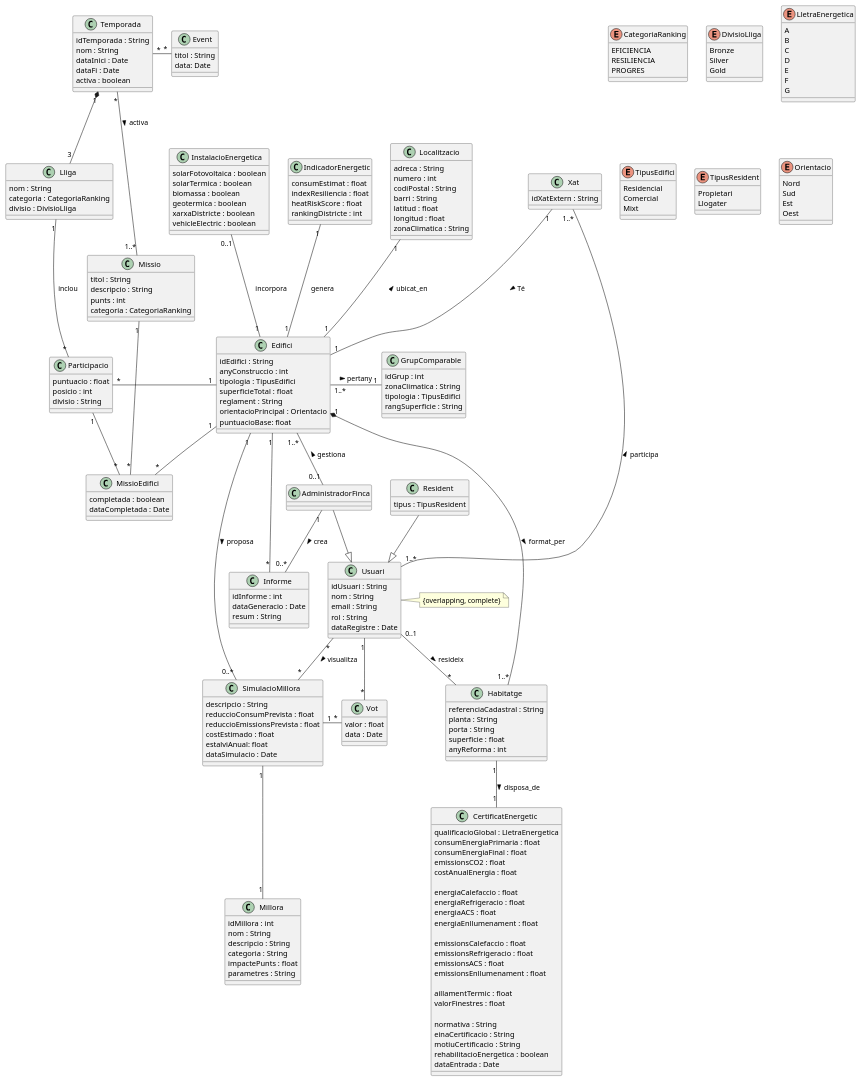
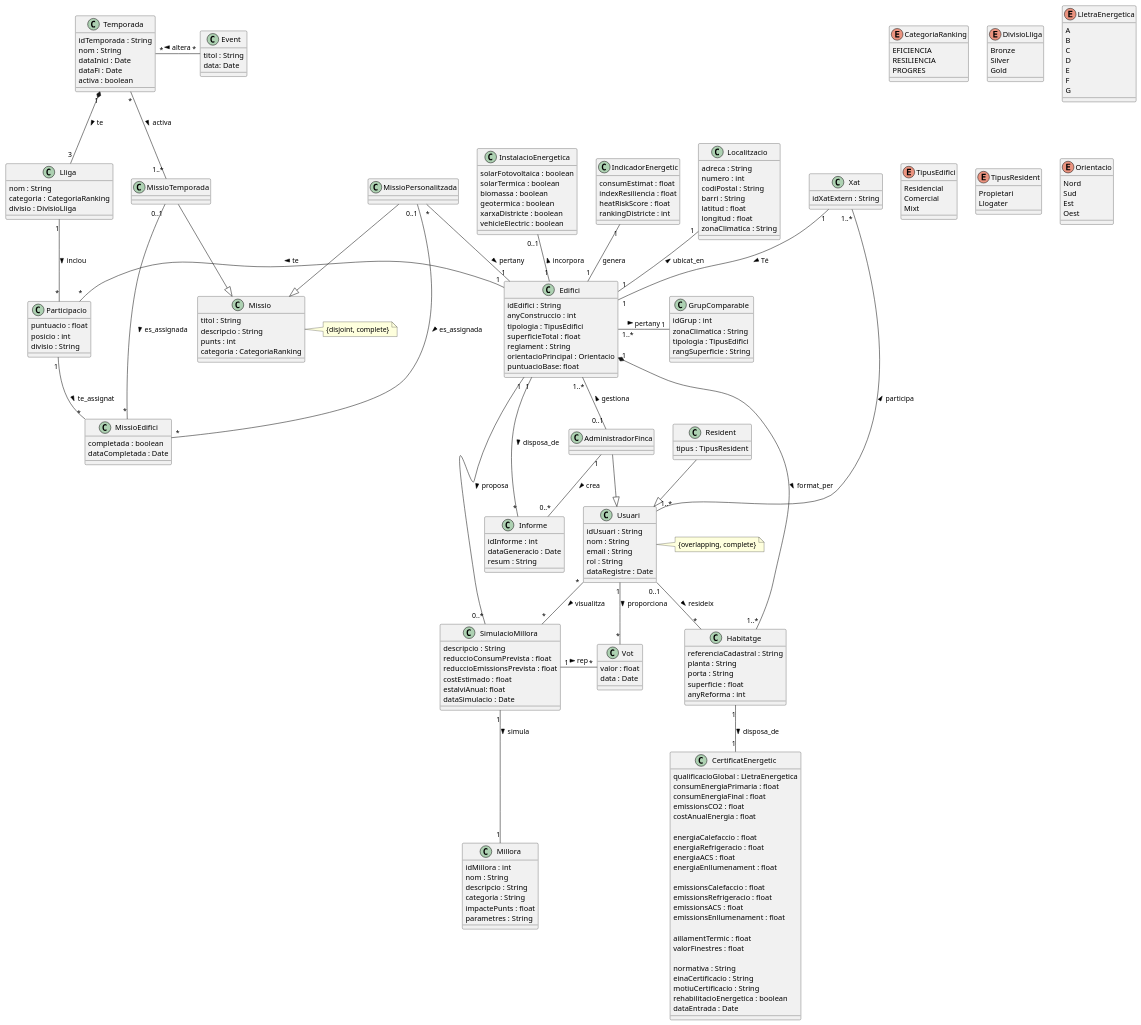
The diagram in src/diagram.puml (ScoreLab-Team/Backend-BuildRank), drawn with PlantUML before and after one commit.

Commit message:
Add: new classes MissioTemporada and MissioPersonalitzada, update UML relationships

```diff
--- a/src/diagram.puml
+++ b/src/diagram.puml
@@ -119,6 +119,8 @@
   punts : int
   categoria : CategoriaRanking
 }
+class MissioTemporada{}
+class MissioPersonalitzada{}
 class MissioEdifici {
   completada : boolean
   dataCompletada : Date
@@ -201,34 +203,37 @@
 Edifici "1" *-- "1..*" Habitatge : format_per >
 Habitatge "1" -- "1" CertificatEnergetic : disposa_de >
 Edifici "1" -up- "1" IndicadorEnergetic : genera
-Edifici "1" -- "*" Informe
+Edifici "1" -- "*" Informe : disposa_de >
 
 ' Per un habitatge només hi haurà un compte d'usuari
 Usuari "0..1" -- "*" Habitatge : resideix >
 Edifici "1..*" -- "0..1" AdministradorFinca : gestiona <
-Edifici "1" -up- "0..1" InstalacioEnergetica : incorpora
+Edifici "1" -up- "0..1" InstalacioEnergetica : incorpora >
 AdministradorFinca --|> Usuari
 Resident --|> Usuari
 AdministradorFinca "1" -- "0..*" Informe : crea >
 
-Temporada "*" -right- "*" Event
-Temporada "1" *-- "3" Lliga
-Lliga "1" -- "*" Participacio : inclou
-Edifici "1" -left- "*" Participacio
+Temporada "*" -right- "*" Event : altera <
+Temporada "1" *-- "3" Lliga : te >
+Lliga "1" -- "*" Participacio : inclou >
+Edifici "1" -left- "*" Participacio : te >
 
 Edifici "1..*" -right- "1" GrupComparable : pertany >
 
-Temporada "*" -- "1..*" Missio : activa >
-Participacio "1" -- "*" MissioEdifici
-Missio "1" -- "*" MissioEdifici
-' Equivalent a classe associativa, missió - edf
-Edifici "1" -- "*" MissioEdifici
+Temporada "*" -- "1..*" MissioTemporada : activa >
+' Equivalent a classe associativa, missió - participacio
+Participacio "1" -- "*" MissioEdifici : te_assignat >
+MissioTemporada "0..1" -- "*" MissioEdifici : es_assignada >
+MissioTemporada --|> Missio
+MissioPersonalitzada --|> Missio
+MissioPersonalitzada "*" -- "1" Edifici : pertany >
+MissioPersonalitzada "0..1" -- "*" MissioEdifici : es_assignada >
 
 Edifici "1" -- "0..*" SimulacioMillora : proposa >
-SimulacioMillora "1" -- "1" Millora
+SimulacioMillora "1" -- "1" Millora : simula >
 
-Usuari "1" -down- "*" Vot
-SimulacioMillora "1" -right- "*" Vot
+Usuari "1" -down- "*" Vot : proporciona >
+SimulacioMillora "1" -right- "*" Vot : rep >
 
 Usuari "*" -- "*" SimulacioMillora : visualitza >
 
@@ -239,4 +244,8 @@
 {overlapping, complete}
 end note
 
+note right of Missio
+{disjoint, complete}
+end note
+
 @enduml
```
